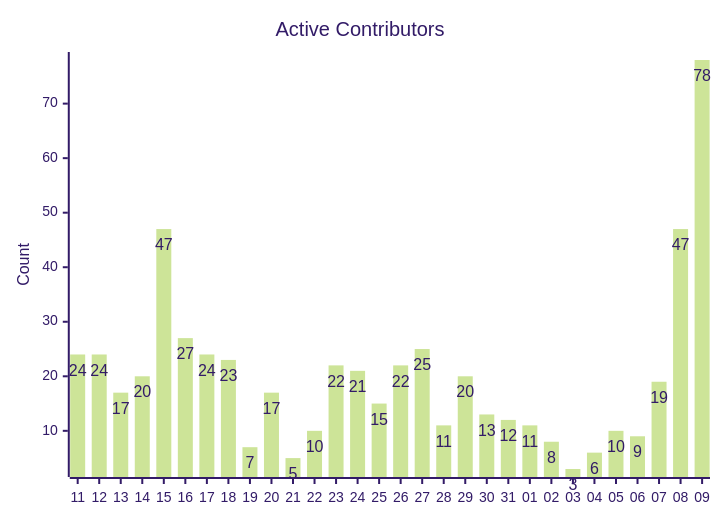
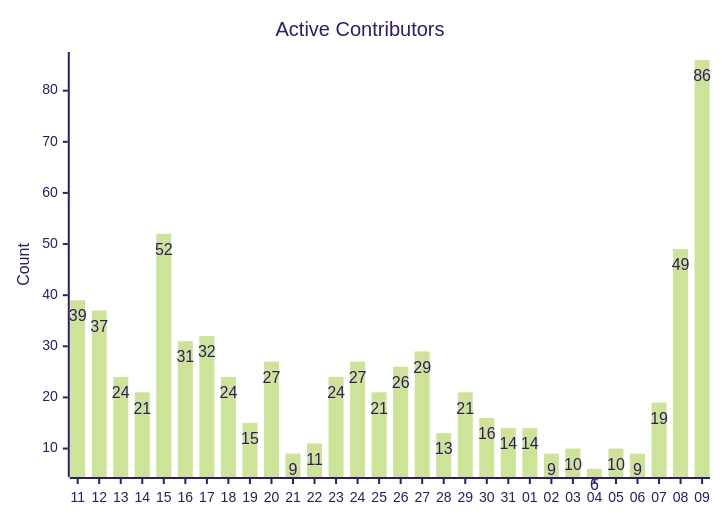
Before and after one commit to cocosheng-g/gemini-cli: the fifth of 7 diagrams in triage/CONTRIBUTION_METRICS.md, drawn with Mermaid (forest theme). The commit also changed other lines of this file, not shown here.

````diff
--- a/triage/CONTRIBUTION_METRICS.md
+++ b/triage/CONTRIBUTION_METRICS.md
@@ -100,12 +100,12 @@
 ```mermaid
 ---
 config:
   xyChart:
     showDataLabel: true
 ---
 xychart-beta
     title "Active Contributors"
     x-axis ["11", "12​", "13​​", "14​​​", "15​​​​", "16​​​​​", "17​​​​​​", "18​​​​​​​", "19​​​​​​​​", "20​​​​​​​​​", "21​​​​​​​​​​", "22​​​​​​​​​​​", "23​​​​​​​​​​​​", "24​​​​​​​​​​​​​", "25​​​​​​​​​​​​​​", "26​​​​​​​​​​​​​​​", "27​​​​​​​​​​​​​​​​", "28​​​​​​​​​​​​​​​​​", "29​​​​​​​​​​​​​​​​​​", "30​​​​​​​​​​​​​​​​​​​", "31​​​​​​​​​​​​​​​​​​​​", "01​​​​​​​​​​​​​​​​​​​​​", "02​​​​​​​​​​​​​​​​​​​​​​", "03​​​​​​​​​​​​​​​​​​​​​​​", "04​​​​​​​​​​​​​​​​​​​​​​​​", "05​​​​​​​​​​​​​​​​​​​​​​​​​", "06​​​​​​​​​​​​​​​​​​​​​​​​​​", "07​​​​​​​​​​​​​​​​​​​​​​​​​​​", "08​​​​​​​​​​​​​​​​​​​​​​​​​​​​", "09​​​​​​​​​​​​​​​​​​​​​​​​​​​​​"]
     y-axis "Count"
-    bar [24, 24, 17, 20, 47, 27, 24, 23, 7, 17, 5, 10, 22, 21, 15, 22, 25, 11, 20, 13, 12, 11, 8, 3, 6, 10, 9, 19, 47, 78]
+    bar [39, 37, 24, 21, 52, 31, 32, 24, 15, 27, 9, 11, 24, 27, 21, 26, 29, 13, 21, 16, 14, 14, 9, 10, 6, 10, 9, 19, 49, 86]
 ```
````
